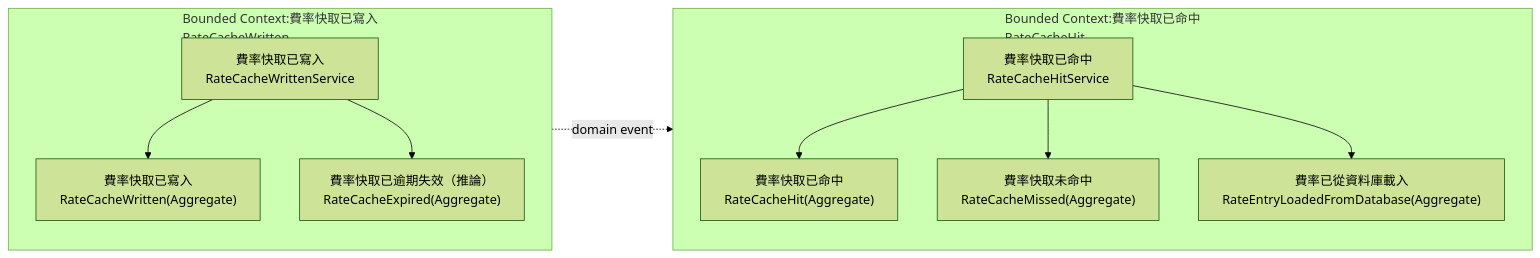
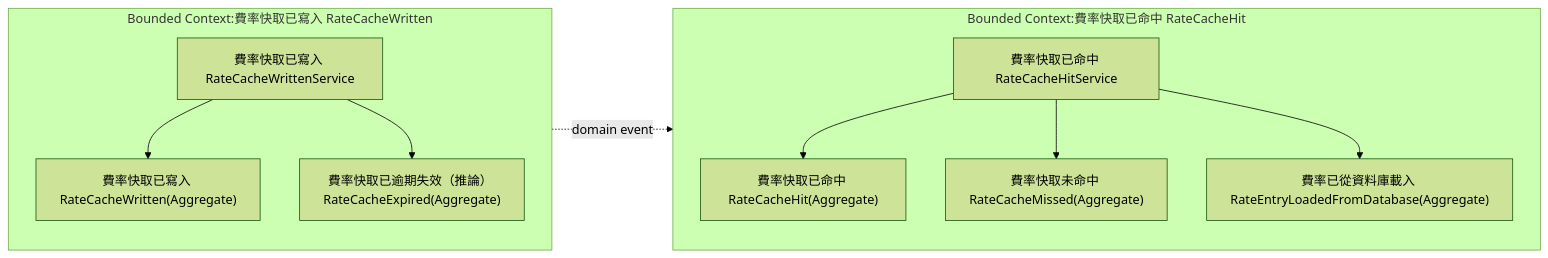
The fifth of 12 diagrams in README.md (ChunPingWang/agentic-platform-result-0922), drawn with Mermaid (forest theme) before and after one commit. The commit also changed other lines of this file, not shown here.

Commit message:
docs(readme): 修正多行名稱破壞 mermaid/表格渲染;移除 ER 雜訊實體

````diff
--- a/README.md
+++ b/README.md
@@ -160,24 +94,15 @@
 ```mermaid
 flowchart LR
-    subgraph BC_費率快取已寫入RateCacheWritten["Bounded Context:費率快取已寫入
-RateCacheWritten"]
-        費率快取已寫入RateCacheWrittenSVC["費率快取已寫入
-RateCacheWrittenService"]
-        費率快取已寫入RateCacheWrittenSVC --> 費率快取已寫入RateCacheWrittenAG["費率快取已寫入
-RateCacheWritten(Aggregate)"]
-        費率快取已寫入RateCacheWrittenSVC --> 費率快取已逾期失效推論RateCacheExpiAG["費率快取已逾期失效（推論）
-RateCacheExpired(Aggregate)"]
+    subgraph BC_費率快取已寫入RateCacheWritten["Bounded Context:費率快取已寫入 RateCacheWritten"]
+        費率快取已寫入RateCacheWrittenSVC["費率快取已寫入 RateCacheWrittenService"]
+        費率快取已寫入RateCacheWrittenSVC --> 費率快取已寫入RateCacheWrittenAG["費率快取已寫入 RateCacheWritten(Aggregate)"]
+        費率快取已寫入RateCacheWrittenSVC --> 費率快取已逾期失效推論RateCacheExpiAG["費率快取已逾期失效（推論） RateCacheExpired(Aggregate)"]
     end
-    subgraph BC_費率快取已命中RateCacheHit["Bounded Context:費率快取已命中
-RateCacheHit"]
-        費率快取已命中RateCacheHitSVC["費率快取已命中
-RateCacheHitService"]
-        費率快取已命中RateCacheHitSVC --> 費率快取已命中RateCacheHitAG["費率快取已命中
-RateCacheHit(Aggregate)"]
-        費率快取已命中RateCacheHitSVC --> 費率快取未命中RateCacheMissedAG["費率快取未命中
-RateCacheMissed(Aggregate)"]
-        費率快取已命中RateCacheHitSVC --> 費率已從資料庫載入RateEntryLoadedAG["費率已從資料庫載入
-RateEntryLoadedFromDatabase(Aggregate)"]
+    subgraph BC_費率快取已命中RateCacheHit["Bounded Context:費率快取已命中 RateCacheHit"]
+        費率快取已命中RateCacheHitSVC["費率快取已命中 RateCacheHitService"]
+        費率快取已命中RateCacheHitSVC --> 費率快取已命中RateCacheHitAG["費率快取已命中 RateCacheHit(Aggregate)"]
+        費率快取已命中RateCacheHitSVC --> 費率快取未命中RateCacheMissedAG["費率快取未命中 RateCacheMissed(Aggregate)"]
+        費率快取已命中RateCacheHitSVC --> 費率已從資料庫載入RateEntryLoadedAG["費率已從資料庫載入 RateEntryLoadedFromDatabase(Aggregate)"]
     end
     BC_費率快取已寫入RateCacheWritten -.domain event.-> BC_費率快取已命中RateCacheHit
 ```
````
